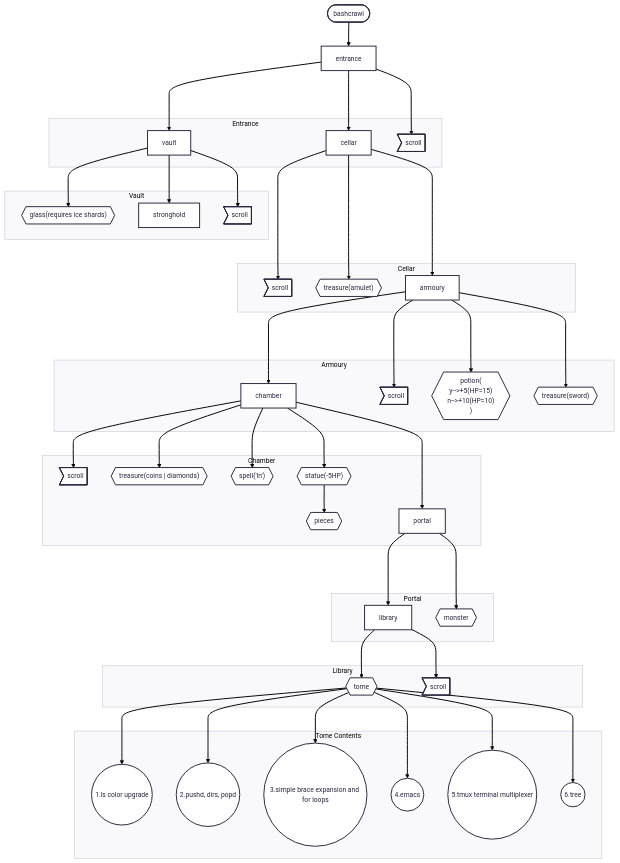
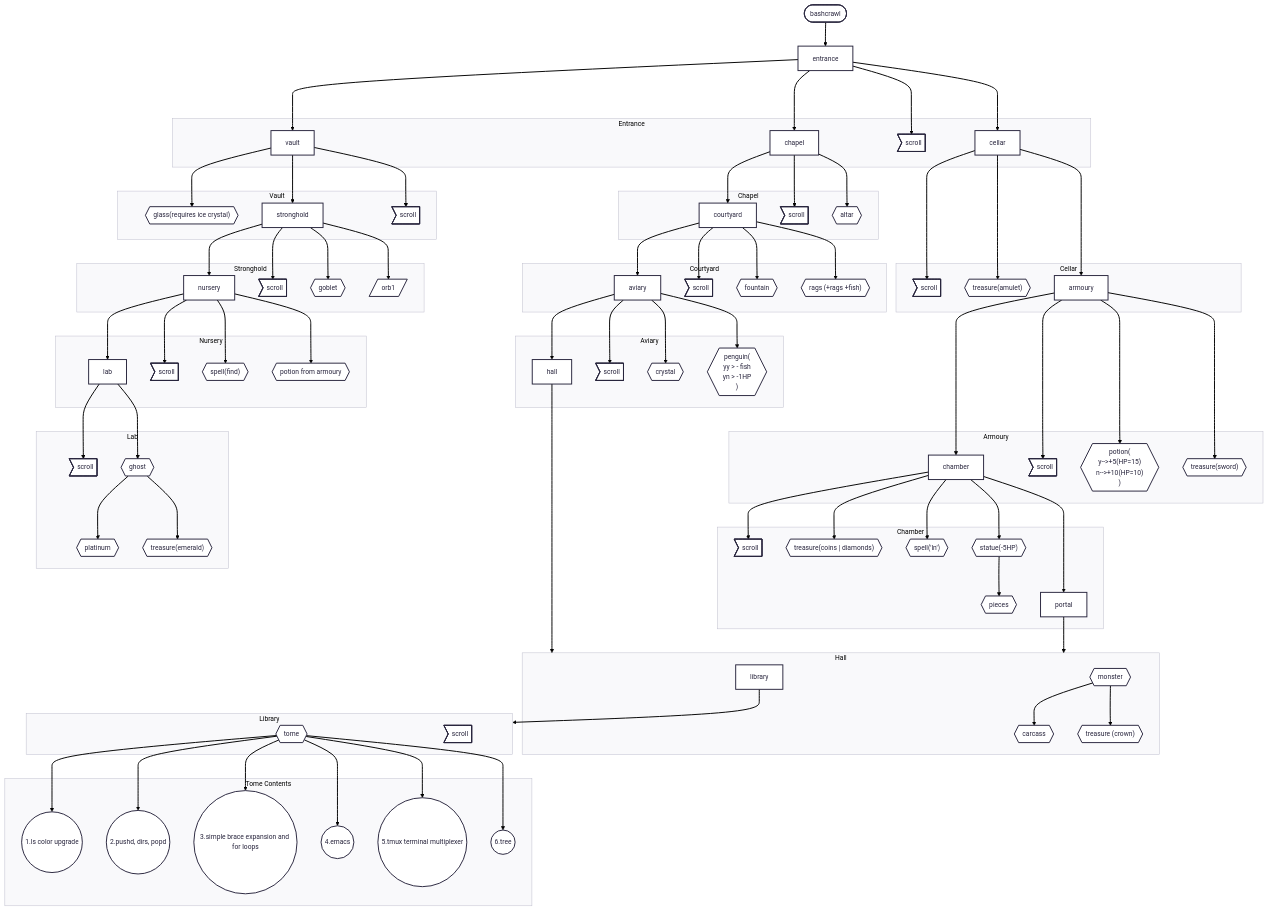
One commit to Ciugiu/bashcrawl changed the diagram in saveFile.md. Above: the diagram before and after it, drawn with Mermaid. The commit also changed other lines of this file and 6 other files, not shown here.

````diff
--- a/saveFile.md
+++ b/saveFile.md
@@ -8,10 +8,11 @@
 ---
 config:
   theme: redux
+  layout: dagre
 ---
 flowchart TD
  subgraph s1["Vault"]
-        G_2{{"glass(requires ice shards)"}}
+        G_2{{"glass(requires ice crystal)"}}
         H["stronghold"]
         G_1>"scroll"]
   end
@@ -30,6 +31,7 @@
         B["cellar"]
         G["vault"]
         A_1>"scroll"]
+        n18["chapel <br>"]
   end
  subgraph s5["Chamber"]
         E_1>"scroll"]
@@ -39,15 +41,17 @@
         E_4_1{{"pieces"}}
         E["portal"]
   end
- subgraph s6["Portal"]
+ subgraph s6["Hall"]
         F["library"]
         E_5{{"monster"}}
+        n34{{"carcass <br>"}}
+        n35{{"treasure (crown)"}}
   end
  subgraph s7["Library"]
         F_1{{"tome"}}
         F_2>"scroll"]
   end
- subgraph s8["Tome Contents "]
+ subgraph s8["Tome Contents"]
         F_1_1(("1.ls color upgrade"))
         F_1_2(("2.pushd, dirs, popd"))
         F_1_3(("3.simple brace expansion and for loops"))
@@ -55,9 +59,44 @@
         F_1_5(("5.tmux terminal multiplexer"))
         F_1_6(("6.tree"))
   end
+ subgraph s9["Stronghold"]
+        n1["nursery <br>"]
+        n6>"scroll"]
+        n7{{"goblet <br>"}}
+        n8[/"orb1 <br>"/]
+  end
+ subgraph s10["Nursery"]
+        n9["lab <br>"]
+        n10>"scroll"]
+        n11{{"spell(find) <br>"}}
+        n13{{"potion from armoury <br>"}}
+  end
+ subgraph s11["Lab"]
+        n14>"scroll"]
+        n15{{"ghost <br>"}}
+        n16{{"platinum <br>"}}
+        n17{{"treasure(emerald)"}}
+  end
+ subgraph s12["Chapel"]
+        n19["courtyard <br>"]
+        n20>"scroll"]
+        n21{{"altar <br>"}}
+  end
+ subgraph s13["Courtyard"]
+        n22["aviary <br>"]
+        n23>"scroll"]
+        n27{{"fountain <br>"}}
+        n25{{"rags (+rags +fish)"}}
+  end
+ subgraph s14["Aviary"]
+        n30["hall <br>"]
+        n31>"scroll"]
+        n32{{"crystal <br>"}}
+        n33{{"penguin(<br>yy &gt; - fish<br>yn &gt; -1HP<br>)"}}
+  end
     start(["bashcrawl"]) --> A["entrance"]
     A ---> B & G
-    A --> A_1
+    A --> A_1 & n18
     B ---> C
     B --> B_1 & B_2
     C ---> D
@@ -65,10 +104,19 @@
     D --> E_1 & E_2 & E_3 & E_4
     E_4 --> E_4_1
     D ---> E
-    E ---> F
-    E --> E_5
-    F --> F_1 & F_2
     F_1 --> F_1_1 & F_1_2 & F_1_3 & F_1_4 & F_1_5 & F_1_6
     G --> G_1 & G_2 & H
+    H --> n1 & n6 & n7 & n8
+    n1 --> n9 & n10 & n11 & n13
+    n9 --> n14 & n15
+    n15 --> n16 & n17
+    n18 --> n19 & n20 & n21
+    n19 --> n22 & n23 & n27 & n25
+    n22 --> n30 & n31 & n32 & n33
+    n30 --> s6
+    E --> s6
+    E_5 --> n34 & n35
+    F --> s7
     E_3@{ shape: hexagon}
+    n1@{ shape: rect}
 ```
````
